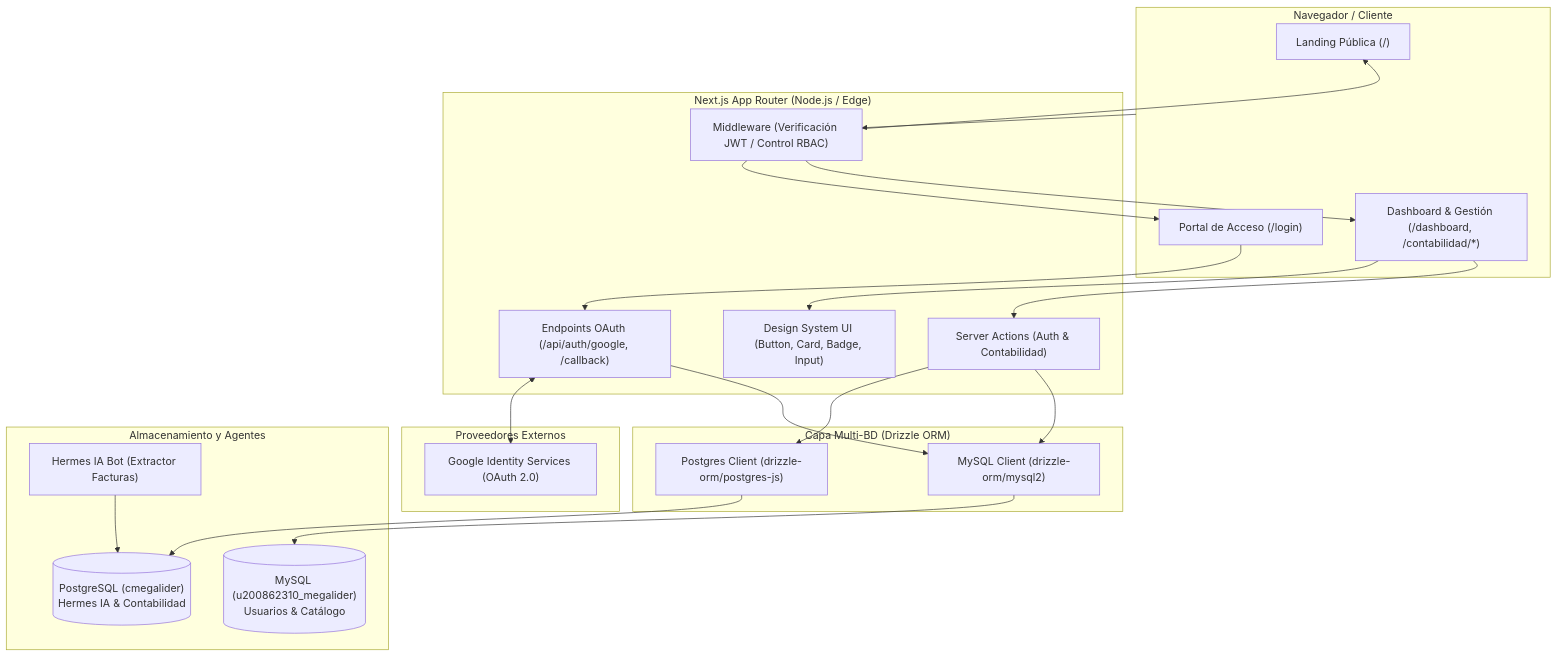
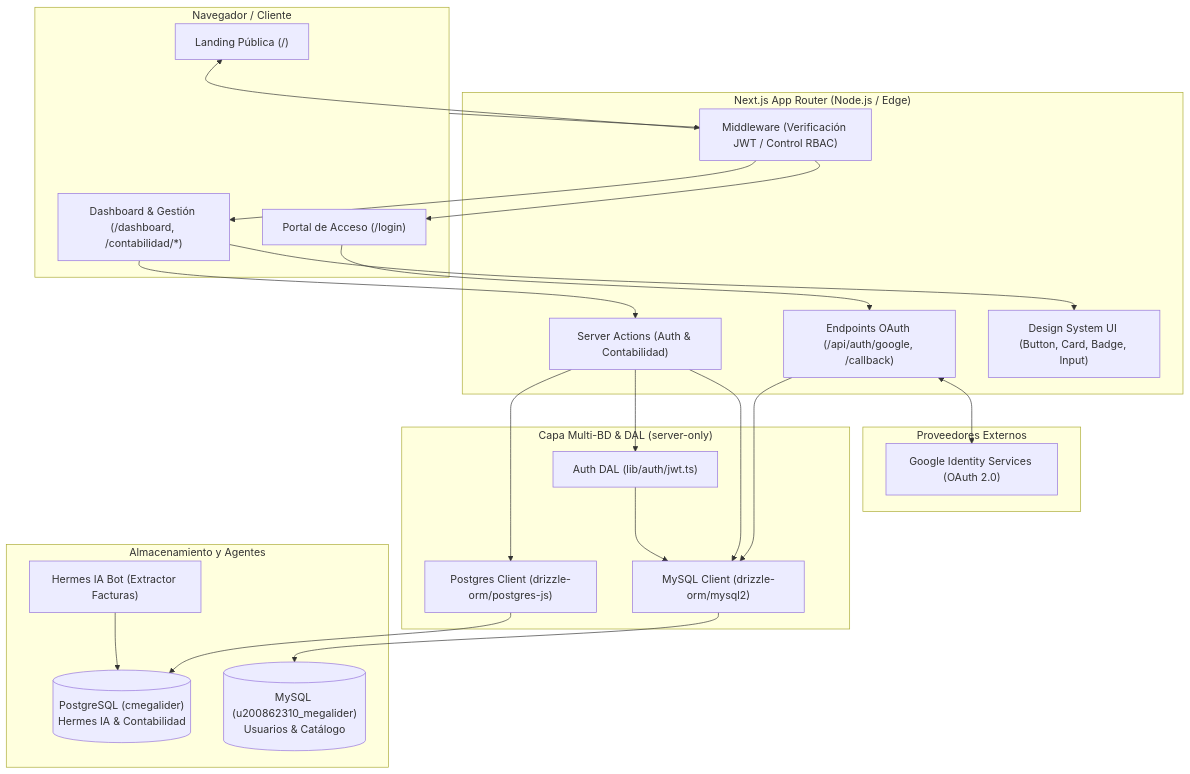
One commit to krouhub03/pagina-web-megalider changed the first of 3 diagrams in docs/02-Disenio/README.md. Above: the diagram before and after it, drawn with Mermaid. The commit also changed other lines of this file and 9 other files, not shown here.

````diff
--- a/docs/02-Disenio/README.md
+++ b/docs/02-Disenio/README.md
@@ -9,45 +9,48 @@
 ```mermaid
 graph TD
     subgraph Client ["Navegador / Cliente"]
         PublicViews["Landing Pública (/)"]
         AuthView["Portal de Acceso (/login)"]
         AdminViews["Dashboard & Gestión (/dashboard, /contabilidad/*)"]
     end
 
     subgraph ExternalAuth ["Proveedores Externos"]
         GoogleOAuth["Google Identity Services (OAuth 2.0)"]
     end
 
     subgraph AppRouter ["Next.js App Router (Node.js / Edge)"]
         MW["Middleware (Verificación JWT / Control RBAC)"]
         OAuthRoutes["Endpoints OAuth (/api/auth/google, /callback)"]
         ServerActions["Server Actions (Auth & Contabilidad)"]
         Components["Design System UI (Button, Card, Badge, Input)"]
     end
 
-    subgraph DataAccessLayer ["Capa Multi-BD (Drizzle ORM)"]
+    subgraph DataAccessLayer ["Capa Multi-BD & DAL (server-only)"]
+        DAL["Auth DAL (lib/auth/jwt.ts)"]
         PGClient["Postgres Client (drizzle-orm/postgres-js)"]
         MySQLClient["MySQL Client (drizzle-orm/mysql2)"]
     end
 
     subgraph Storage ["Almacenamiento y Agentes"]
         DB_PG[("PostgreSQL (cmegalider)\nHermes IA & Contabilidad")]
         DB_MySQL[("MySQL (u200862310_megalider)\nUsuarios & Catálogo")]
         HermesAgent["Hermes IA Bot (Extractor Facturas)"]
     end
 
     Client --> MW
     MW --> PublicViews
     MW --> AuthView
     MW --> AdminViews
     AuthView --> OAuthRoutes
     OAuthRoutes <--> GoogleOAuth
     AdminViews --> Components
     AdminViews --> ServerActions
     OAuthRoutes --> MySQLClient
+    ServerActions --> DAL
     ServerActions --> PGClient
     ServerActions --> MySQLClient
+    DAL --> MySQLClient
     PGClient --> DB_PG
     MySQLClient --> DB_MySQL
     HermesAgent --> DB_PG
 ```
````
